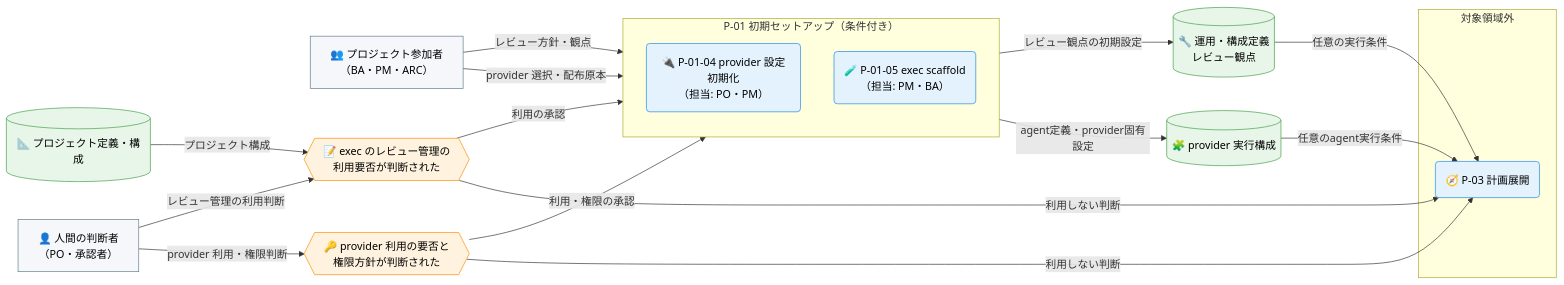
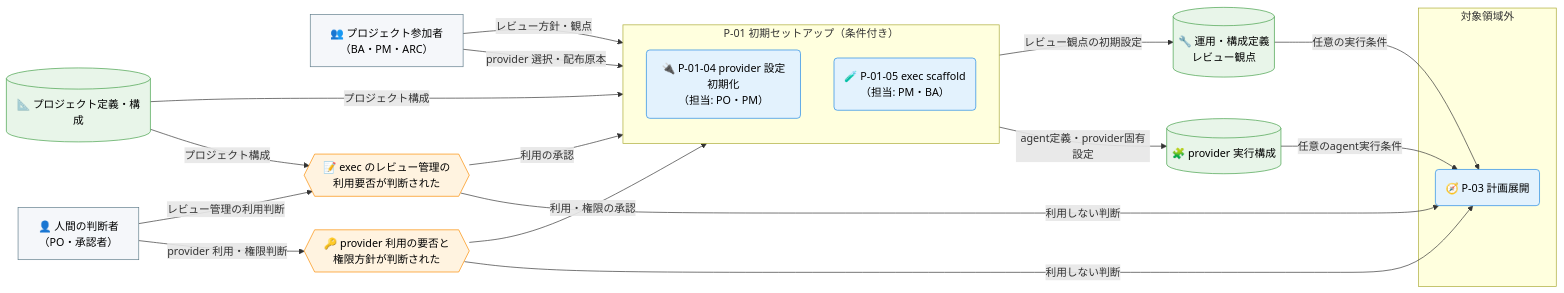
The second of 2 diagrams in docs/ja/product/010-business-specs/010-data-flow/cdfd-init.md (specdojo/specdojo), drawn with Mermaid before and after one commit. The commit also changed other lines of this file and 4 other files, not shown here.

Commit message:
exec(T-DATA-FLOW-cdfd-init-080): apply task changes

````diff
--- a/docs/ja/product/010-business-specs/010-data-flow/cdfd-init.md
+++ b/docs/ja/product/010-business-specs/010-data-flow/cdfd-init.md
@@ -103,49 +103,50 @@
 ```mermaid
 flowchart LR
   classDef process fill:#e3f2fd,stroke:#1e88e5,color:#000
   classDef event fill:#fff3e0,stroke:#fb8c00,color:#000
   classDef store fill:#e8f5e9,stroke:#43a047,color:#000
   classDef actor fill:#f5f7fa,stroke:#607d8b,color:#000
 
   人間判断者["👤 人間の判断者<br>（PO・承認者）"]
   プロジェクト参加者["👥 プロジェクト参加者<br>（BA・PM・ARC）"]
 
   provider利用判断{{"🔑 provider 利用の要否と権限方針が判断された"}}
   exec利用判断{{"📝 exec のレビュー管理の利用要否が判断された"}}
 
   プロジェクト構成[("📐 プロジェクト定義・構成")]
 
   subgraph 初期セットアップ["P-01 初期セットアップ（条件付き）"]
     direction TB
     provider初期化("🔌 P-01-04 provider 設定初期化<br>（担当: PO・PM）")
     execScaffold("🧪 P-01-05 exec scaffold<br>（担当: PM・BA）")
   end
 
   provider実行構成[("🧩 provider 実行構成")]
   運用構成定義[("🔧 運用・構成定義<br>レビュー観点")]
 
   subgraph 領域外["対象領域外"]
     計画展開("🧭 P-03 計画展開")
   end
 
   人間判断者 -->|"provider 利用・権限判断"| provider利用判断
   provider利用判断 -->|"利用・権限の承認"| provider初期化
   provider利用判断 -->|"利用しない判断"| 計画展開
+  プロジェクト構成 -->|"プロジェクト構成"| provider初期化
   プロジェクト参加者 -->|"provider 選択・配布原本"| provider初期化
   provider初期化 -->|"agent定義・provider固有設定"| provider実行構成
 
   人間判断者 -->|"レビュー管理の利用判断"| exec利用判断
   プロジェクト構成 -->|"プロジェクト構成"| exec利用判断
   exec利用判断 -->|"利用の承認"| execScaffold
   exec利用判断 -->|"利用しない判断"| 計画展開
   プロジェクト参加者 -->|"レビュー方針・観点"| execScaffold
   execScaffold -->|"レビュー観点の初期設定"| 運用構成定義
 
   運用構成定義 -->|"任意の実行条件"| 計画展開
   provider実行構成 -->|"任意のagent実行条件"| 計画展開
 
   class provider初期化,execScaffold,計画展開 process
   class provider利用判断,exec利用判断 event
   class プロジェクト構成,provider実行構成,運用構成定義 store
   class 人間判断者,プロジェクト参加者 actor
 ```
````
